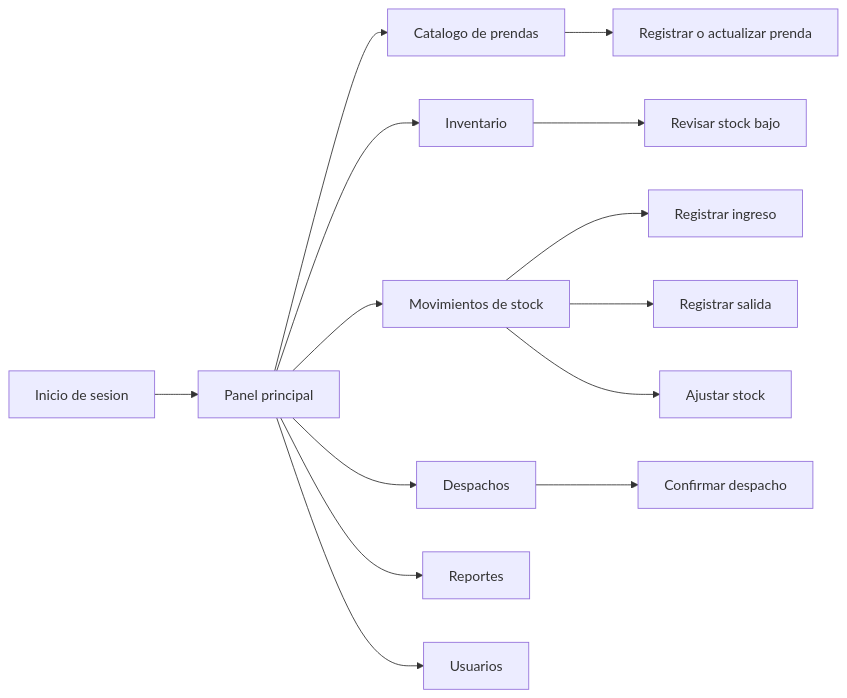
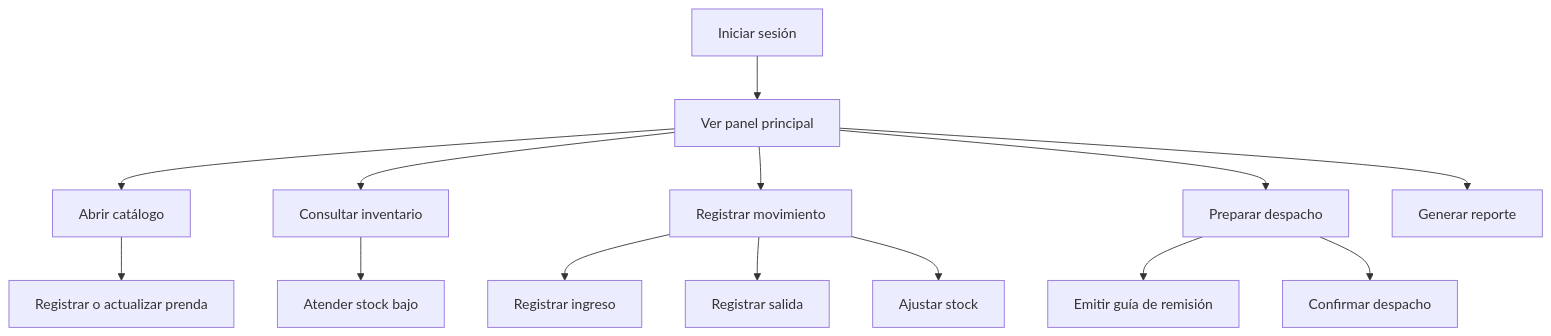
The diagram in docs/prototipo.md (javierRock/SoftwareTextil), drawn with Mermaid before and after one commit. The commit also changed other lines of this file and 5 other files, not shown here.

Commit message:
docs: mejorar README y diagramas DDD

````diff
--- a/docs/prototipo.md
+++ b/docs/prototipo.md
@@ -11,17 +11,17 @@
 ```mermaid
-flowchart LR
-    Login["Inicio de sesion"] --> Panel["Panel principal"]
-    Panel --> Catalogo["Catalogo de prendas"]
-    Panel --> Inventario["Inventario"]
-    Panel --> Movimientos["Movimientos de stock"]
-    Panel --> Despachos["Despachos"]
-    Panel --> Reportes["Reportes"]
-    Panel --> Usuarios["Usuarios"]
+flowchart TD
+    Login["Iniciar sesión"] --> Panel["Ver panel principal"]
+    Panel --> Catalogo["Abrir catálogo"]
+    Panel --> Inventario["Consultar inventario"]
+    Panel --> Movimientos["Registrar movimiento"]
+    Panel --> Despachos["Preparar despacho"]
+    Panel --> Reportes["Generar reporte"]
 
     Catalogo --> RegistroPrenda["Registrar o actualizar prenda"]
-    Inventario --> StockBajo["Revisar stock bajo"]
+    Inventario --> StockBajo["Atender stock bajo"]
     Movimientos --> RegistrarIngreso["Registrar ingreso"]
     Movimientos --> RegistrarSalida["Registrar salida"]
     Movimientos --> AjustarStock["Ajustar stock"]
+    Despachos --> Guia["Emitir guía de remisión"]
     Despachos --> ConfirmarDespacho["Confirmar despacho"]
 ```
````
